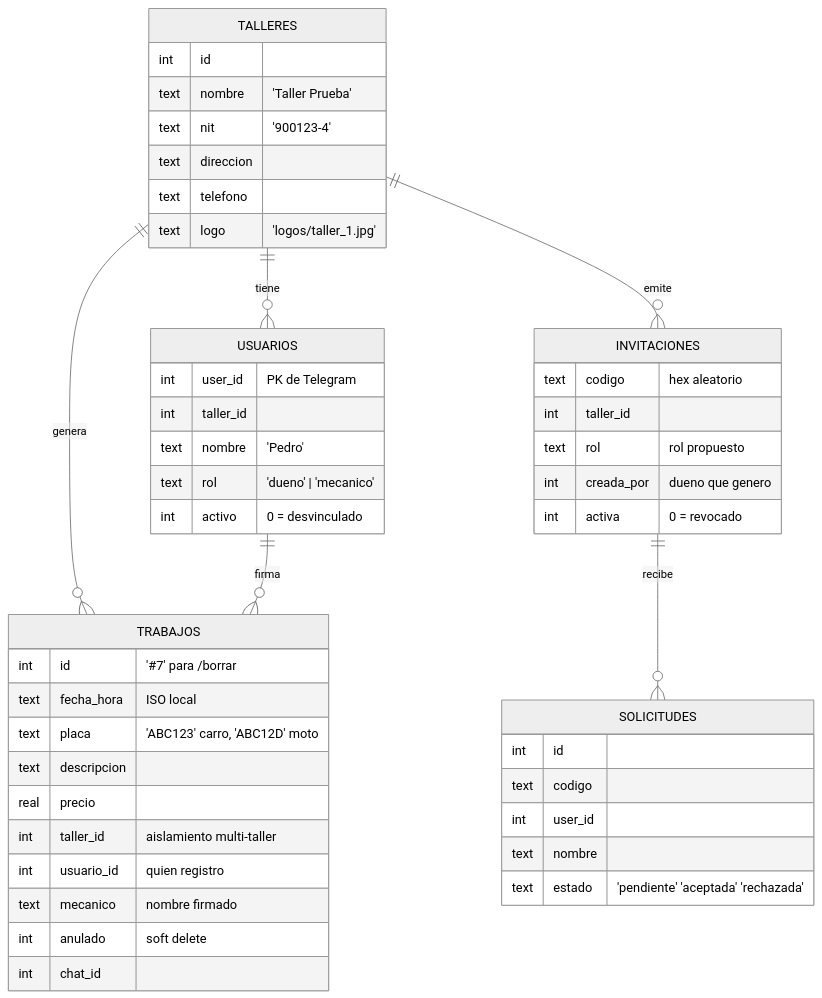
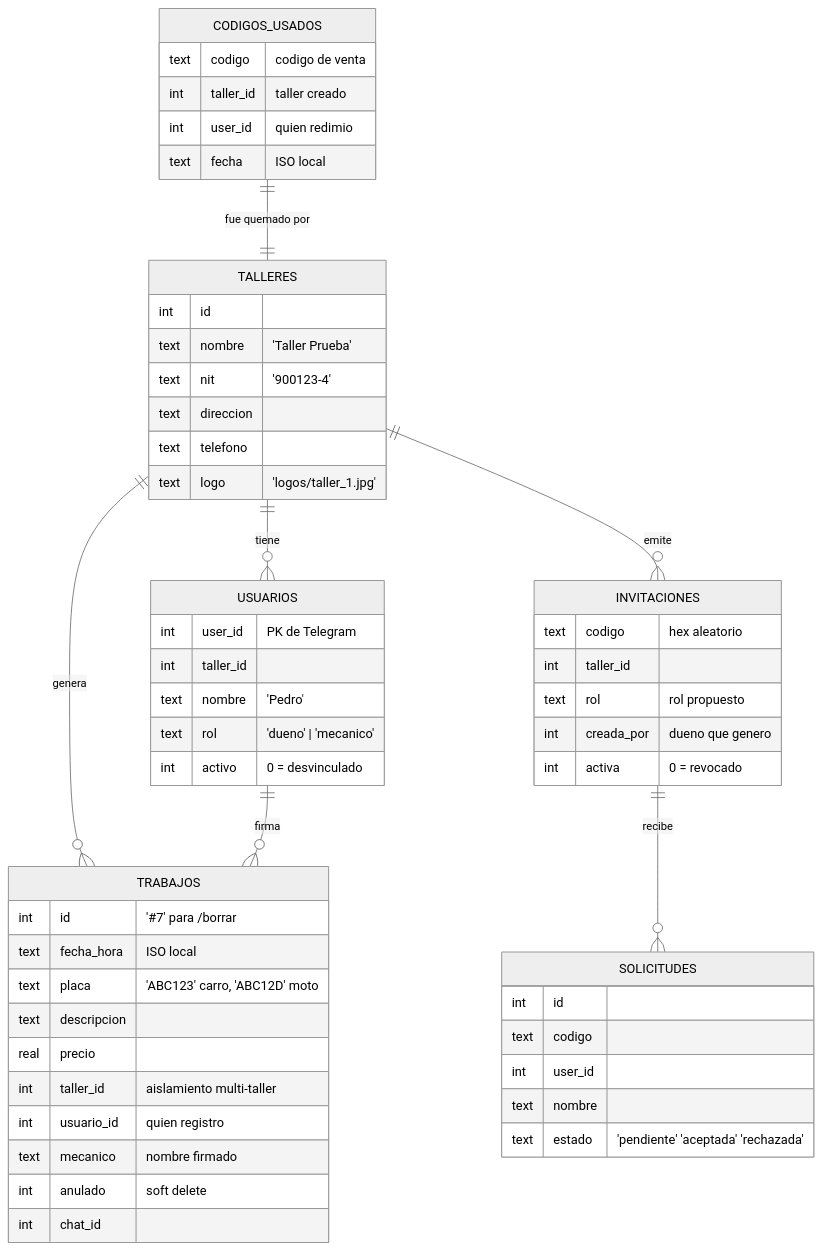
One commit to dzuluaga23/TallerBot changed the diagram in README.md. Above: the diagram before and after it, drawn with Mermaid (neutral theme). The commit also changed other lines of this file and 4 other files, not shown here.

First line of the commit message:
Sprint 8: codigos de venta de un solo uso (/nuevotaller CODIGO)

````diff
--- a/README.md
+++ b/README.md
@@ -75,50 +89,57 @@
 ```mermaid
 erDiagram
     TALLERES ||--o{ USUARIOS : "tiene"
     TALLERES ||--o{ TRABAJOS : "genera"
     TALLERES ||--o{ INVITACIONES : "emite"
     USUARIOS   ||--o{ TRABAJOS  : "firma"
     INVITACIONES ||--o{ SOLICITUDES : "recibe"
+    CODIGOS_USADOS ||--|| TALLERES : "fue quemado por"
 
     TALLERES {
         int id
         text nombre "'Taller Prueba'"
         text nit "'900123-4'"
         text direccion
         text telefono
         text logo "'logos\/taller_1.jpg'"
     }
     USUARIOS {
         int user_id "PK de Telegram"
         int taller_id
         text nombre "'Pedro'"
         text rol "'dueno' | 'mecanico'"
         int activo "0 = desvinculado"
     }
     INVITACIONES {
         text codigo "hex aleatorio"
         int taller_id
         text rol "rol propuesto"
         int creada_por "dueno que genero"
         int activa "0 = revocado"
     }
+    CODIGOS_USADOS {
+        text codigo "codigo de venta"
+        int taller_id "taller creado"
+        int user_id "quien redimio"
+        text fecha "ISO local"
+    }
     SOLICITUDES {
         int id
         text codigo
         int user_id
         text nombre
         text estado "'pendiente' 'aceptada' 'rechazada'"
     }
     TRABAJOS {
         int id "'#7' para /borrar"
         text fecha_hora "ISO local"
         text placa "'ABC123' carro, 'ABC12D' moto"
         text descripcion
         real precio
         int taller_id "aislamiento multi-taller"
         int usuario_id "quien registro"
         text mecanico "nombre firmado"
         int anulado "soft delete"
         int chat_id
     }
 ```
````
